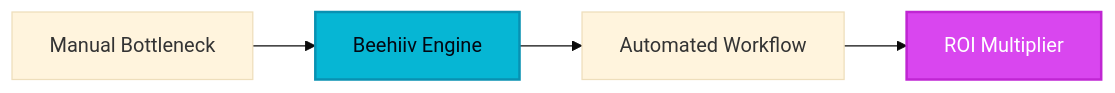
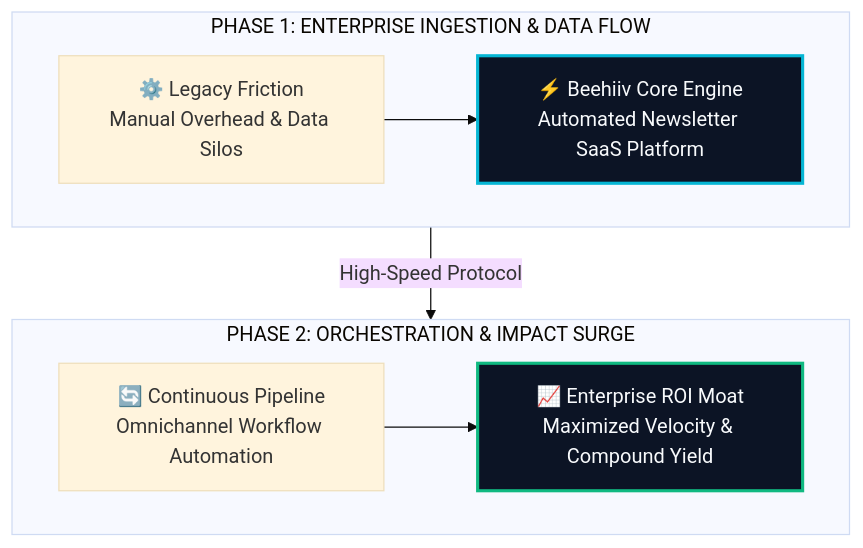
The diagram in site/src/content/blog/beehiiv-evolution-guide-2026.md (heliatech-media/saas-radar), drawn with Mermaid (base theme) before and after one commit. The commit also changed 97 other files, not shown here.

First line of the commit message:
feat(diagrams): upgrade all article architecture schemas to high-impact 2-tier responsive vector blueprints

````diff
--- a/site/src/content/blog/beehiiv-evolution-guide-2026.md
+++ b/site/src/content/blog/beehiiv-evolution-guide-2026.md
@@ -48,8 +48,14 @@
 ```mermaid
-flowchart LR
-    A[Manual Bottleneck] --> B[Beehiiv Engine]
-    B --> C[Automated Workflow]
-    C --> D[ROI Multiplier]
-    style B fill:#06b6d4,stroke:#0891b2,stroke-width:2px,color:#030712
-    style D fill:#d946ef,stroke:#c026d3,stroke-width:2px,color:#ffffff
+flowchart TD
+    subgraph S1["PHASE 1: ENTERPRISE INGESTION & DATA FLOW"]
+        direction LR
+        A["⚙️ Legacy Friction<br/>Manual Overhead & Data Silos"] --> B["⚡ Beehiiv Core Engine<br/>Automated Newsletter SaaS Platform"]
+    end
+    subgraph S2["PHASE 2: ORCHESTRATION & IMPACT SURGE"]
+        direction LR
+        C["🔄 Continuous Pipeline<br/>Omnichannel Workflow Automation"] --> D["📈 Enterprise ROI Moat<br/>Maximized Velocity & Compound Yield"]
+    end
+    S1 -->|High-Speed Protocol| S2
+    style B fill:#0c1425,stroke:#06b6d4,stroke-width:2.5px,color:#f8fafc
+    style D fill:#0c1425,stroke:#10b981,stroke-width:2.5px,color:#f8fafc
 ```
````
